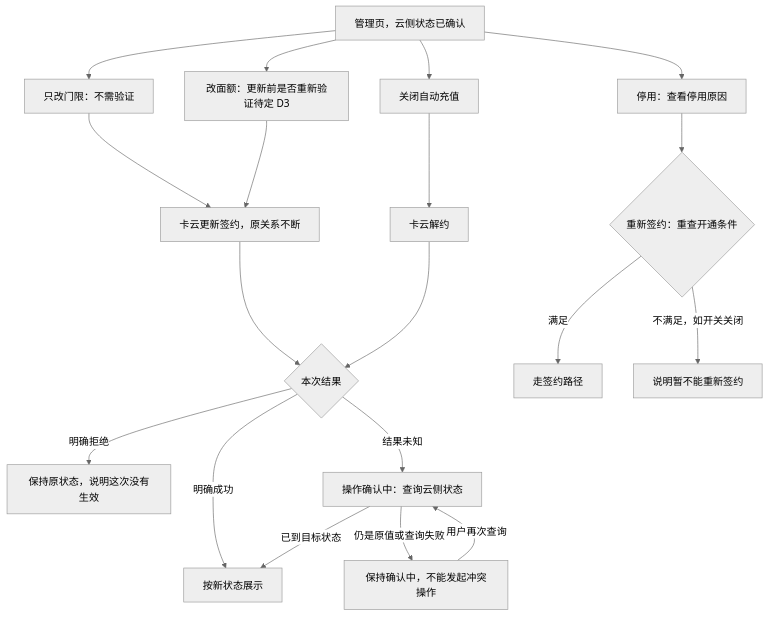
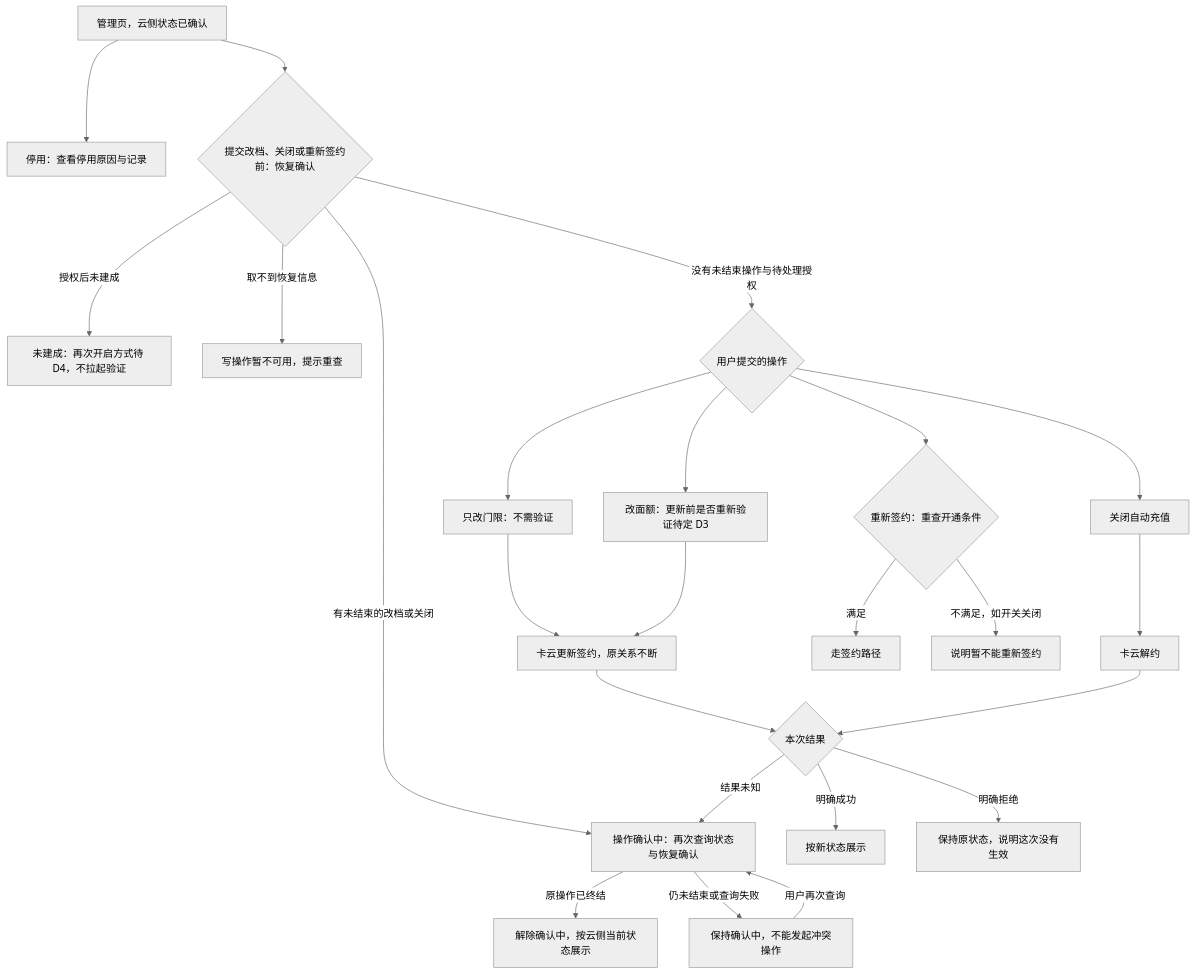
One commit to sqsqsq/SimulatedWalletForHmos changed the third of 7 diagrams in doc/plan/1.9.9/金样候选/auto-topup/AR/story.md. Above: the diagram before and after it, drawn with Mermaid (neutral theme). The commit also changed other lines of this file and 47 other files, not shown here.

````diff
--- a/doc/plan/1.9.9/金样候选/auto-topup/AR/story.md
+++ b/doc/plan/1.9.9/金样候选/auto-topup/AR/story.md
@@ -249,23 +264,28 @@
 ```mermaid
 %% 图源 SR §1 #2
 %% 图源 spec §5.2 #1
 flowchart TD
-  M[管理页，云侧状态已确认] --> N1[只改门限：不需验证]
-  M --> N2[改面额：更新前是否重新验证待定 D3]
-  M --> O[关闭自动充值]
-  M --> P[停用：查看停用原因]
+  M[管理页，云侧状态已确认] --> P[停用：查看停用原因与记录]
+  M --> W{提交改档、关闭或重新签约前：恢复确认}
+  W -->|有未结束的改档或关闭| PD
+  W -->|授权后未建成| AF[未建成：再次开启方式待 D4，不拉起验证]
+  W -->|取不到恢复信息| RQ[写操作暂不可用，提示重查]
+  W -->|没有未结束操作与待处理授权| CH{用户提交的操作}
+  CH --> N1[只改门限：不需验证]
+  CH --> N2[改面额：更新前是否重新验证待定 D3]
+  CH --> O[关闭自动充值]
+  CH --> RE{重新签约：重查开通条件}
   N1 --> UP[卡云更新签约，原关系不断]
   N2 --> UP
   O --> CC[卡云解约]
   UP --> RS{本次结果}
   CC --> RS
   RS -->|明确成功| OK[按新状态展示]
   RS -->|明确拒绝| NO[保持原状态，说明这次没有生效]
-  RS -->|结果未知| PD[操作确认中：查询云侧状态]
-  PD -->|已到目标状态| OK
-  PD -->|仍是原值或查询失败| WT[保持确认中，不能发起冲突操作]
+  RS -->|结果未知| PD[操作确认中：再次查询状态与恢复确认]
+  PD -->|原操作已终结| CUR[解除确认中，按云侧当前状态展示]
+  PD -->|仍未结束或查询失败| WT[保持确认中，不能发起冲突操作]
   WT -->|用户再次查询| PD
-  P --> RE{重新签约：重查开通条件}
   RE -->|满足| SG[走签约路径]
   RE -->|不满足，如开关关闭| NA[说明暂不能重新签约]
 ```
````
